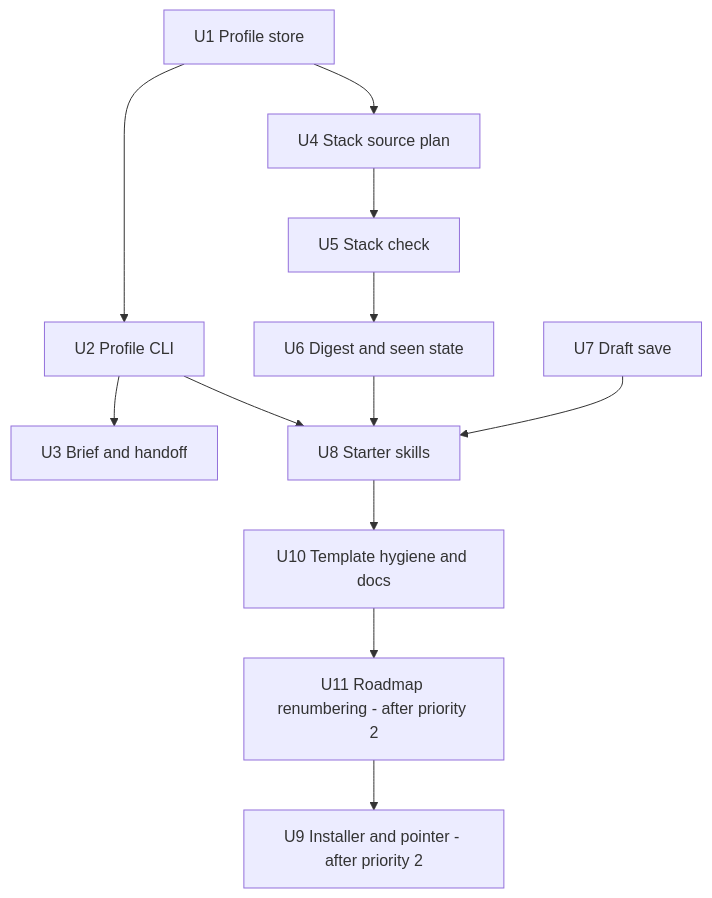
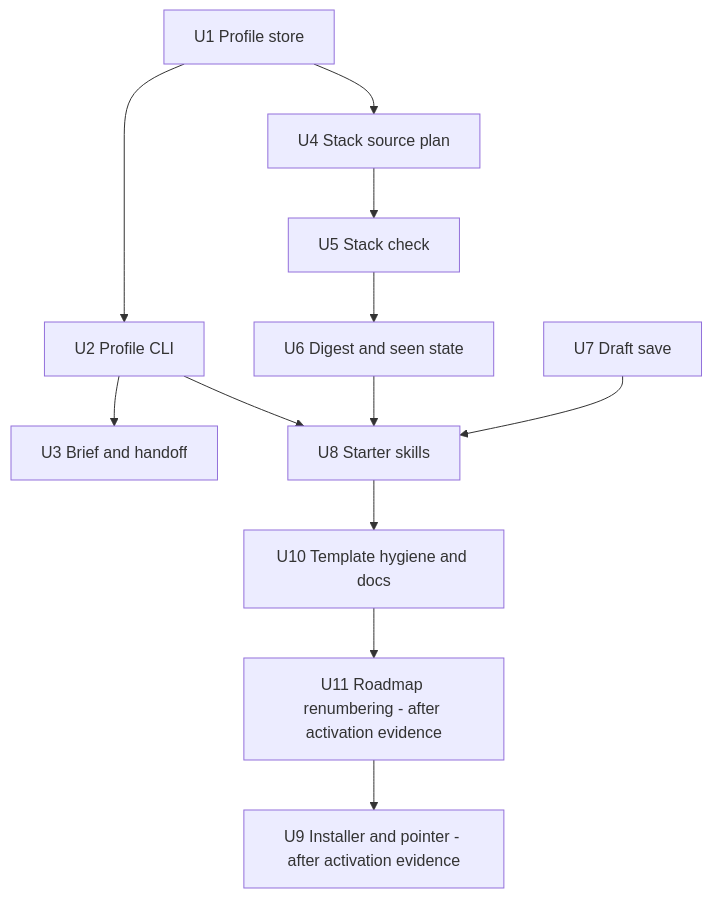
Before and after one commit to sundharesan11/developer-context-kit: the third of 3 diagrams in docs/plans/2026-10-16-001-feat-personal-harness-template-plan.md, drawn with Mermaid. The commit also changed other lines of this file, not shown here.

````diff
--- a/docs/plans/2026-10-16-001-feat-personal-harness-template-plan.md
+++ b/docs/plans/2026-10-16-001-feat-personal-harness-template-plan.md
@@ -341,14 +348,14 @@
 ```mermaid
 flowchart TB
   U1[U1 Profile store] --> U2[U2 Profile CLI]
   U2 --> U3[U3 Brief and handoff]
   U1 --> U4[U4 Stack source plan]
   U4 --> U5[U5 Stack check]
   U5 --> U6[U6 Digest and seen state]
   U2 --> U8[U8 Starter skills]
   U6 --> U8
   U7[U7 Draft save] --> U8
   U8 --> U10[U10 Template hygiene and docs]
-  U10 --> U11[U11 Roadmap renumbering - after priority 2]
-  U11 --> U9[U9 Installer and pointer - after priority 2]
+  U10 --> U11[U11 Roadmap renumbering - after activation evidence]
+  U11 --> U9[U9 Installer and pointer - after activation evidence]
 ```
````
